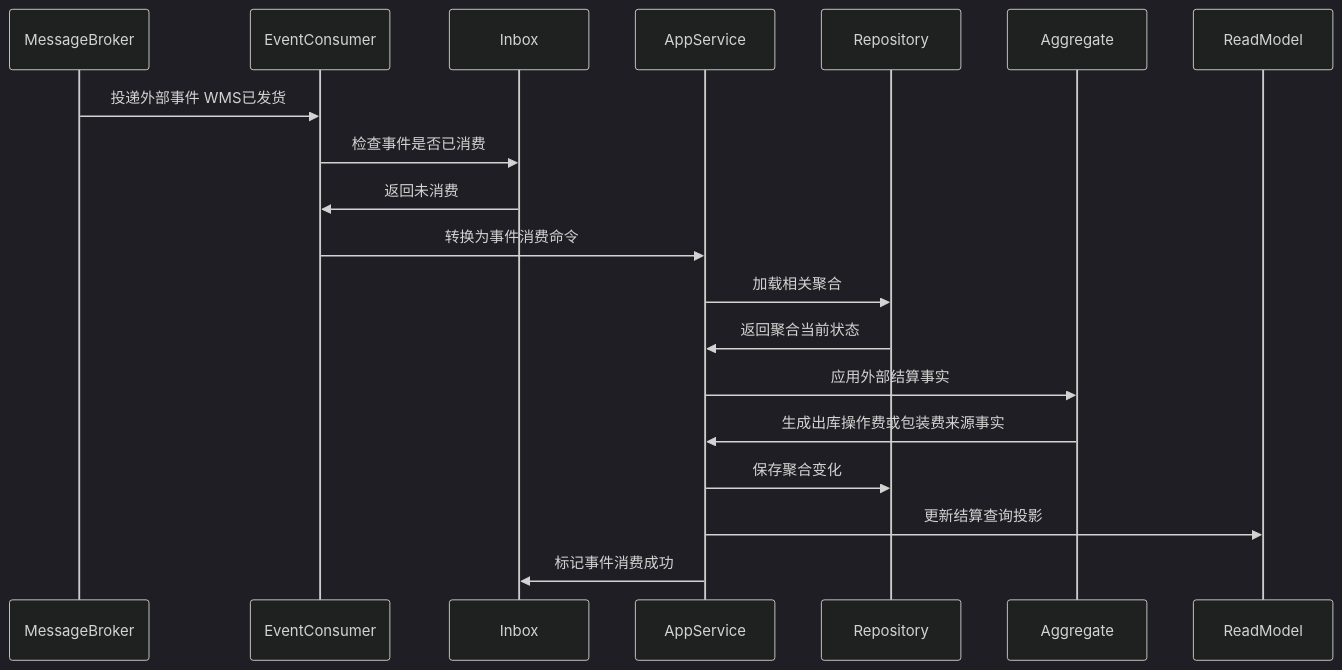
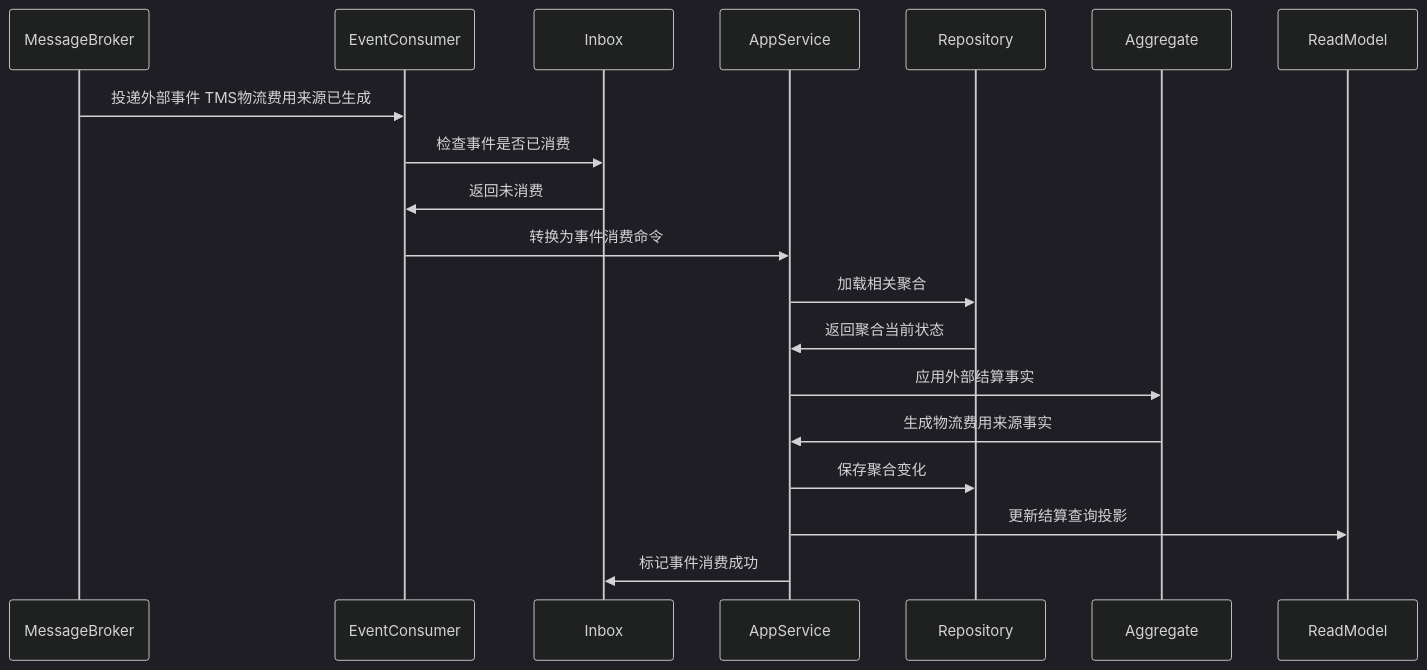
One commit to chao1927/scm changed the fifth of 6 diagrams in docs/03-核心业务模型/06-BMS领域模型/04-费用来源事件聚合CQRS设计.md. Above: the diagram before and after it, drawn with Mermaid (dark theme). The commit also changed other lines of this file and 118 other files, not shown here.

````diff
--- a/docs/03-核心业务模型/06-BMS领域模型/04-费用来源事件聚合CQRS设计.md
+++ b/docs/03-核心业务模型/06-BMS领域模型/04-费用来源事件聚合CQRS设计.md
@@ -232,22 +240,22 @@
 ```mermaid
 sequenceDiagram
     participant MessageBroker
     participant EventConsumer
     participant Inbox
     participant AppService
     participant Repository
     participant Aggregate
     participant ReadModel
 
-    MessageBroker->>EventConsumer: 投递外部事件 WMS已发货
+    MessageBroker->>EventConsumer: 投递外部事件 TMS物流费用来源已生成
     EventConsumer->>Inbox: 检查事件是否已消费
     Inbox->>EventConsumer: 返回未消费
     EventConsumer->>AppService: 转换为事件消费命令
     AppService->>Repository: 加载相关聚合
     Repository->>AppService: 返回聚合当前状态
     AppService->>Aggregate: 应用外部结算事实
-    Aggregate->>AppService: 生成出库操作费或包装费来源事实
+    Aggregate->>AppService: 生成物流费用来源事实
     AppService->>Repository: 保存聚合变化
     AppService->>ReadModel: 更新结算查询投影
     AppService->>Inbox: 标记事件消费成功
 ```
````
